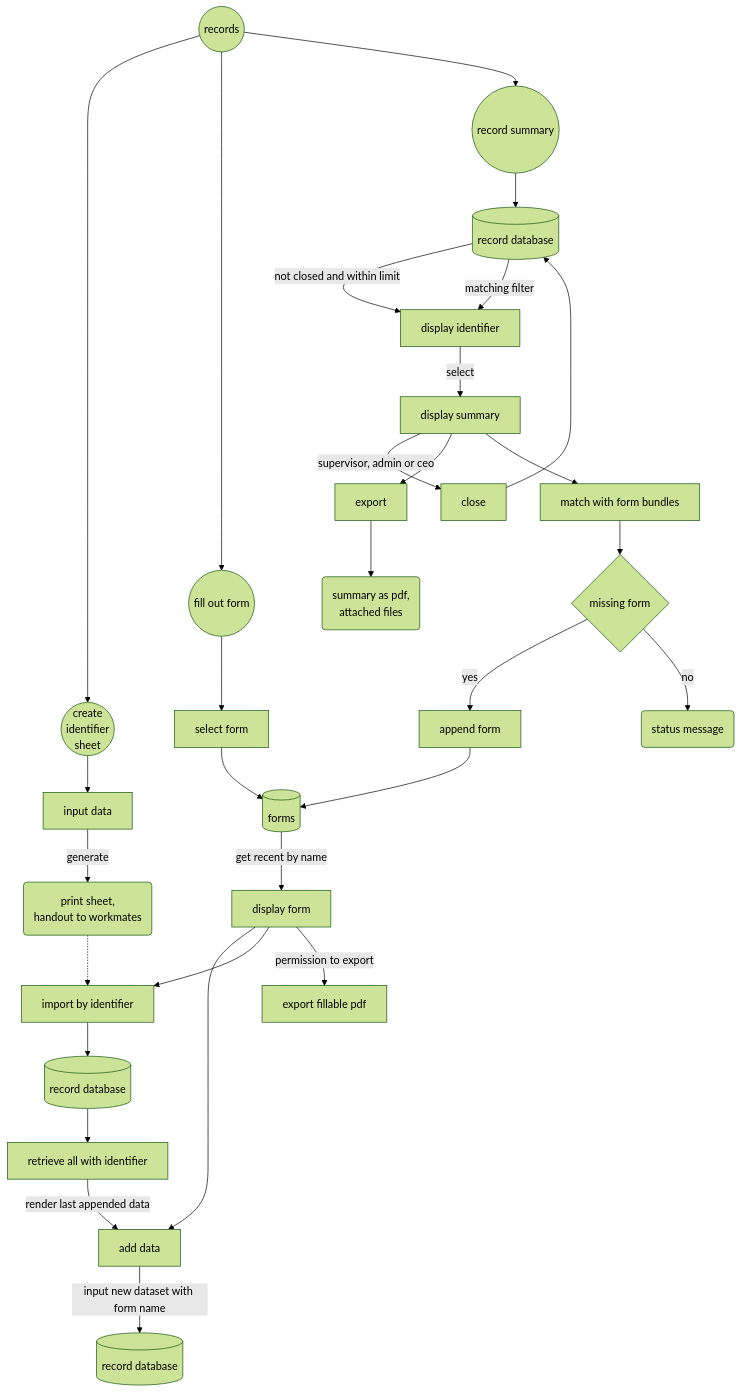
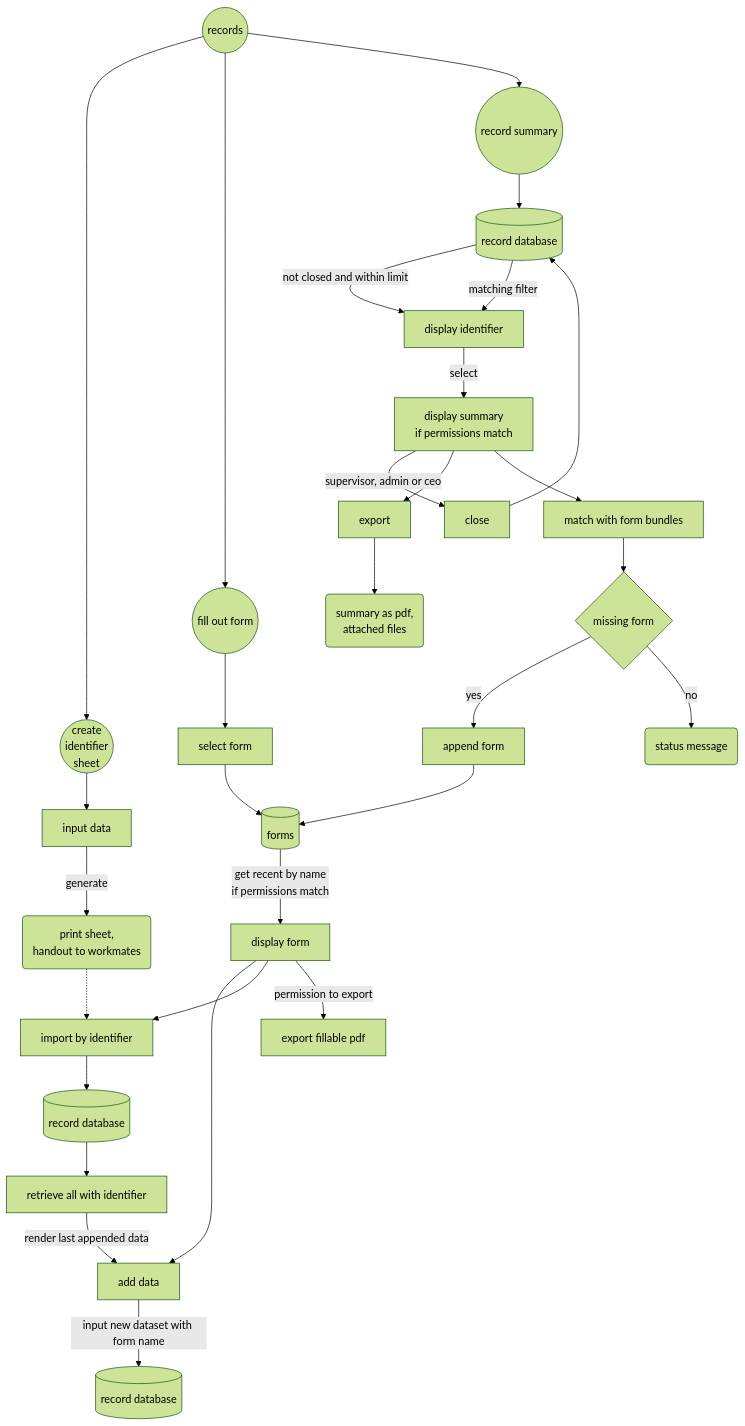
One commit to erroronline1/caro changed the fourth of 7 diagrams in readme.md. Above: the diagram before and after it, drawn with Mermaid (forest theme). The commit also changed other lines of this file and 1 other file, not shown here.

Commit message:
flowcharts update

````diff
--- a/readme.md
+++ b/readme.md
@@ -511,39 +512,41 @@
 ```mermaid
 graph TD;
     records((records))-->identifiersheet(("create
     identifier
     sheet"));
     identifiersheet-->input[input data];
     input-->|generate|print("print sheet,
     handout to workmates");
 
     records-->fillform((fill out form));
     fillform-->selectform[select form];
     selectform-->forms[(forms)];
-    forms-->|get recent by name|displayform[display form];
+    forms-->|"get recent by name
+    if permissions match"|displayform[display form];
     displayform-->inputdata[add data];
     inputdata-->|input new dataset with form name|recorddb[(record database)];
     displayform-->idimport[import by identifier];
     idimport-->recorddb2[(record database)];
     recorddb2-->selectbyid[retrieve all with identifier];
     selectbyid-->|render last appended data|inputdata;
     displayform-->|permission to export|exportform[export fillable pdf]
 
     print-.->idimport;
 
     records-->summaries((record summary));
     summaries-->recorddb3[(record database)]
     recorddb3-->|not closed and within limit|displayids[display identifier];
     recorddb3-->|matching filter|displayids;
-    displayids-->|select|summary[display summary];
+    displayids-->|select|summary["display summary
+    if permissions match"];
     summary-->|supervisor, admin or ceo|close[close];
     close-->recorddb3
     summary-->export[export];
     export-->pdf("summary as pdf,
     attached files");
     summary-->matchbundles[match with form bundles];
     matchbundles-->missing{missing form};
     missing-->|yes|appenddata[append form];
     appenddata-->forms;
     missing-->|no|nonemissing(status message);
 ```
````
